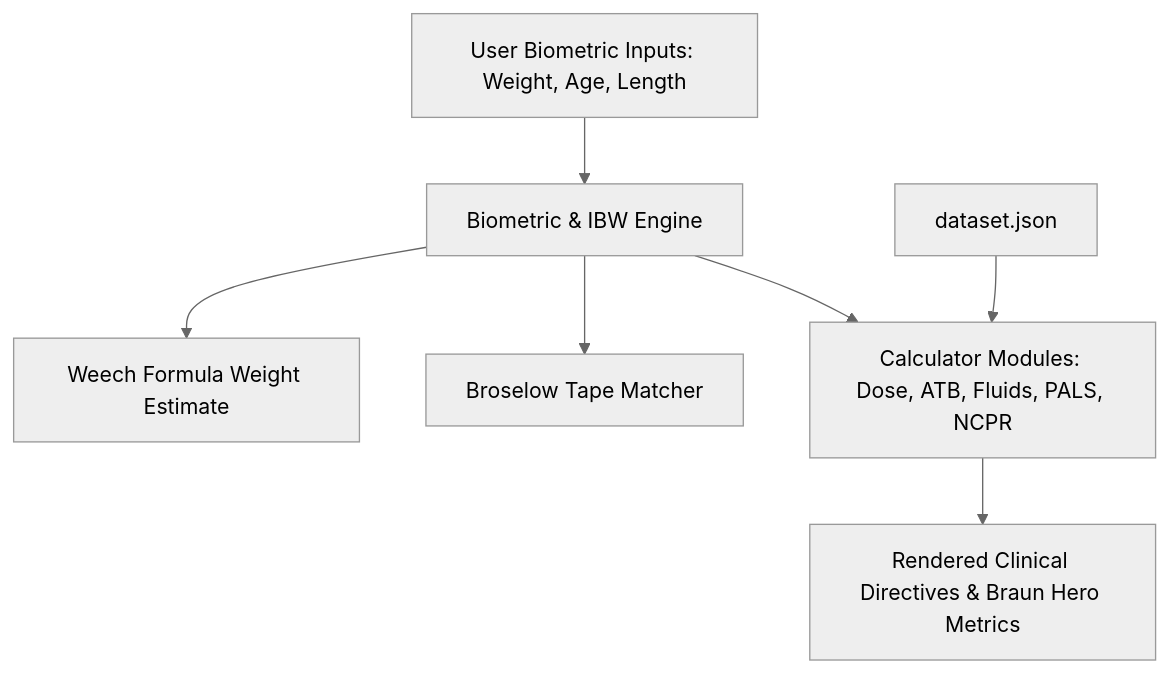
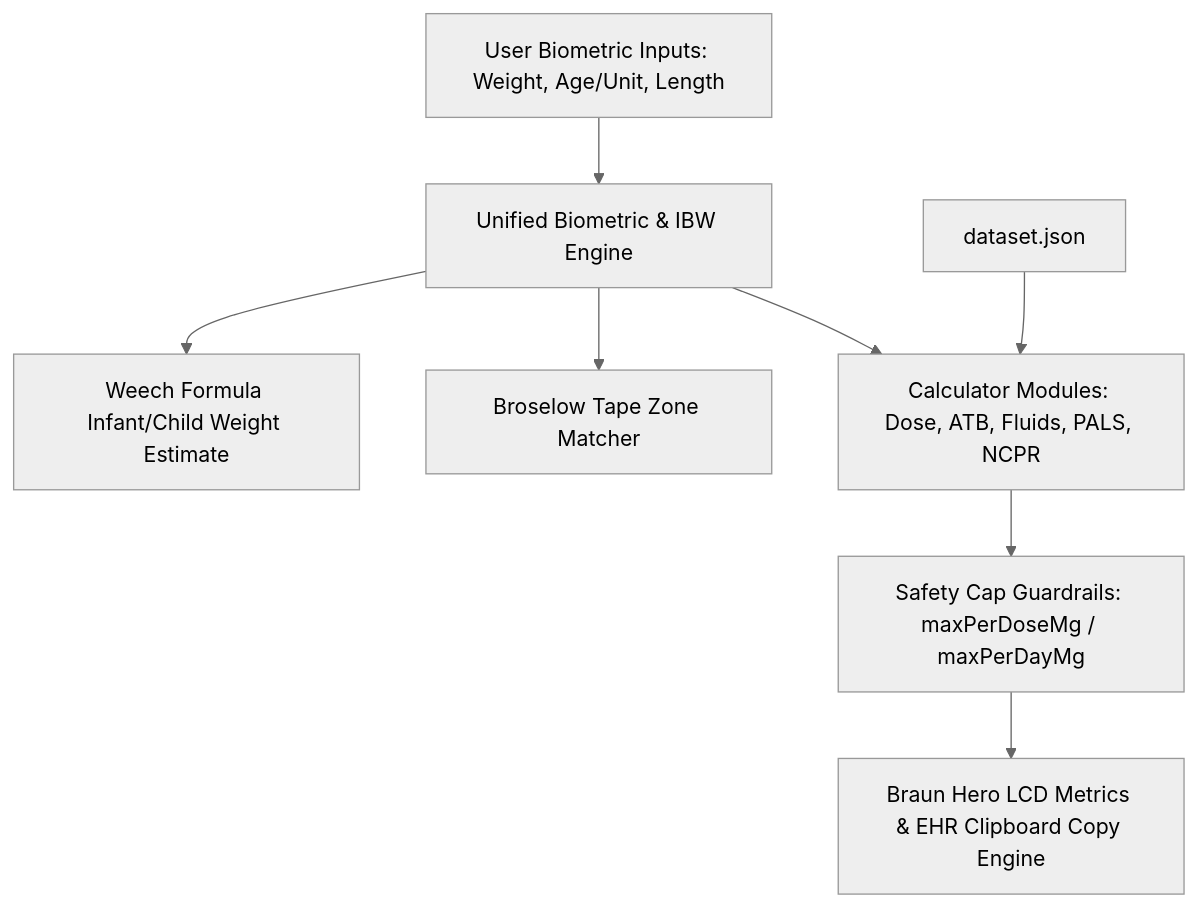
One commit to NTWKKM/er-ped changed the diagram in ARCHITECTURE.md. Above: the diagram before and after it, drawn with Mermaid (neutral theme). The commit also changed other lines of this file and 4 other files, not shown here.

````diff
--- a/ARCHITECTURE.md
+++ b/ARCHITECTURE.md
@@ -23,9 +24,10 @@
 ```mermaid
 flowchart TD
-    UserInputs[User Biometric Inputs: Weight, Age, Length] --> BiometricEngine[Biometric & IBW Engine]
-    BiometricEngine --> WeechFormula[Weech Formula Weight Estimate]
-    BiometricEngine --> BroselowMatcher[Broselow Tape Matcher]
+    UserInputs[User Biometric Inputs: Weight, Age/Unit, Length] --> BiometricEngine[Unified Biometric & IBW Engine]
+    BiometricEngine --> WeechFormula[Weech Formula Infant/Child Weight Estimate]
+    BiometricEngine --> BroselowMatcher[Broselow Tape Zone Matcher]
     BiometricEngine --> ModuleCalculators[Calculator Modules: Dose, ATB, Fluids, PALS, NCPR]
     Dataset[dataset.json] --> ModuleCalculators
-    ModuleCalculators --> UIOutputs[Rendered Clinical Directives & Braun Hero Metrics]
+    ModuleCalculators --> SafetyCaps[Safety Cap Guardrails: maxPerDoseMg / maxPerDayMg]
+    SafetyCaps --> UIOutputs[Braun Hero LCD Metrics & EHR Clipboard Copy Engine]
 ```
````
